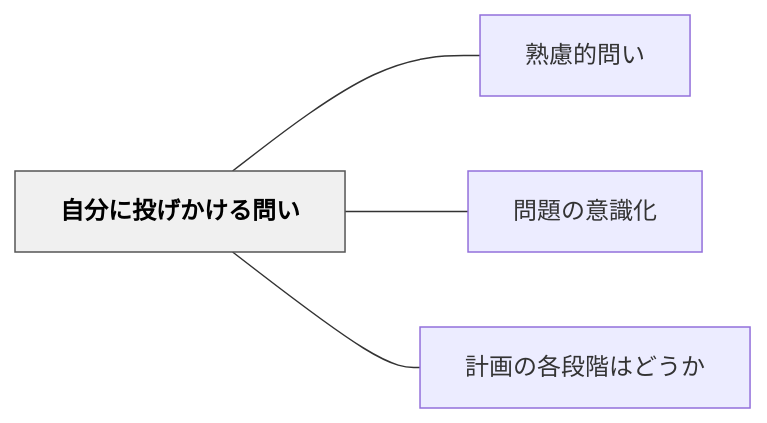
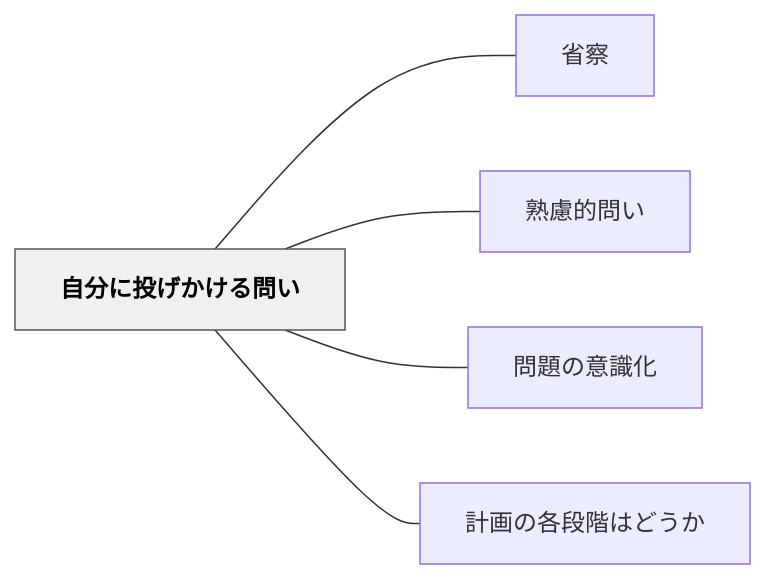
One commit to unknownthings-ed-patterns/unknownthings-ed-patterns changed the diagram in content/パタン/自分に投げかける問い.md. Above: the diagram before and after it, drawn with Mermaid. The commit also changed other lines of this file and 473 other files, not shown here.

````diff
--- a/content/パタン/自分に投げかける問い.md
+++ b/content/パタン/自分に投げかける問い.md
@@ -40,14 +41,16 @@
 ```mermaid
 flowchart LR
     ne887aae58886["自分に投げかける問い"]
+    ne79c81e5af9f["省察"]
     ne7869fe685ae["熟慮的問い"]
     ne5958fe9a18c["問題の意識化"]
     ne8a888e794bb["計画の各段階はどうか"]
 
+    ne887aae58886 --- ne79c81e5af9f
     ne887aae58886 --- ne7869fe685ae
     ne887aae58886 --- ne5958fe9a18c
     ne887aae58886 --- ne8a888e794bb
 
     classDef hub fill:#f0f0f0,stroke:#555,color:#000,font-weight:bold
     class ne887aae58886 hub
 ```
````
